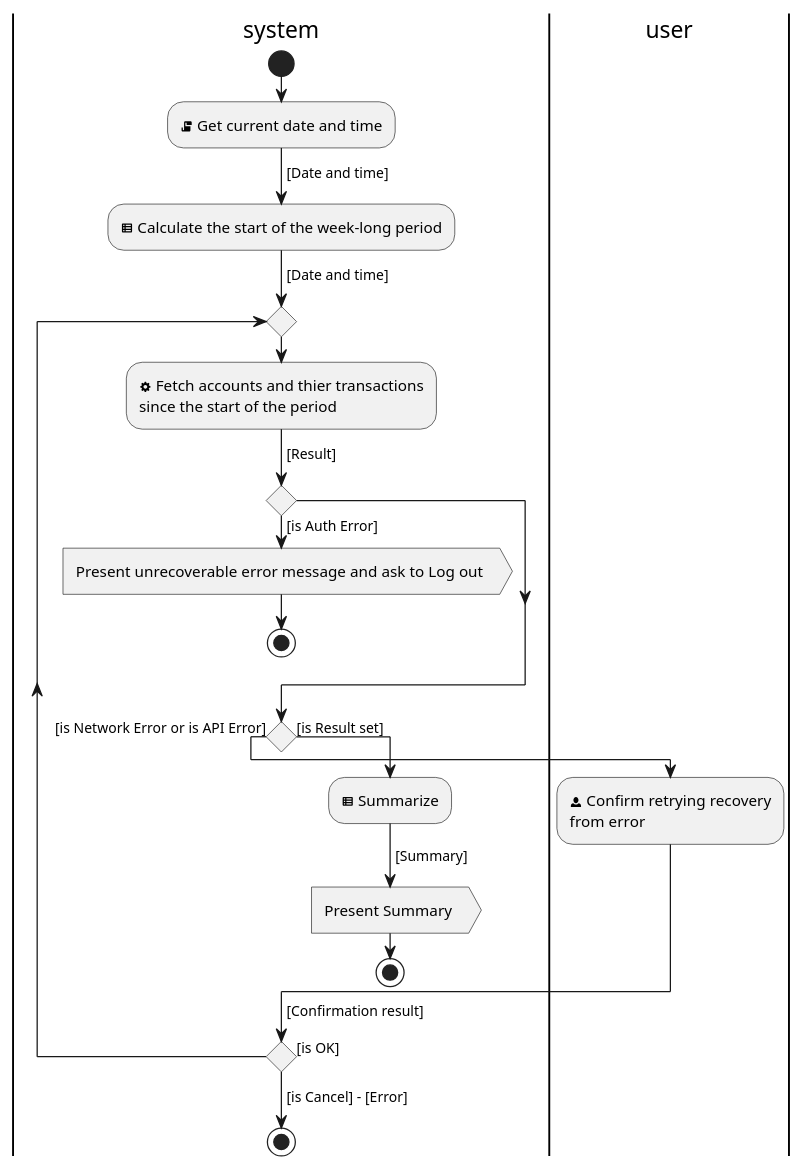
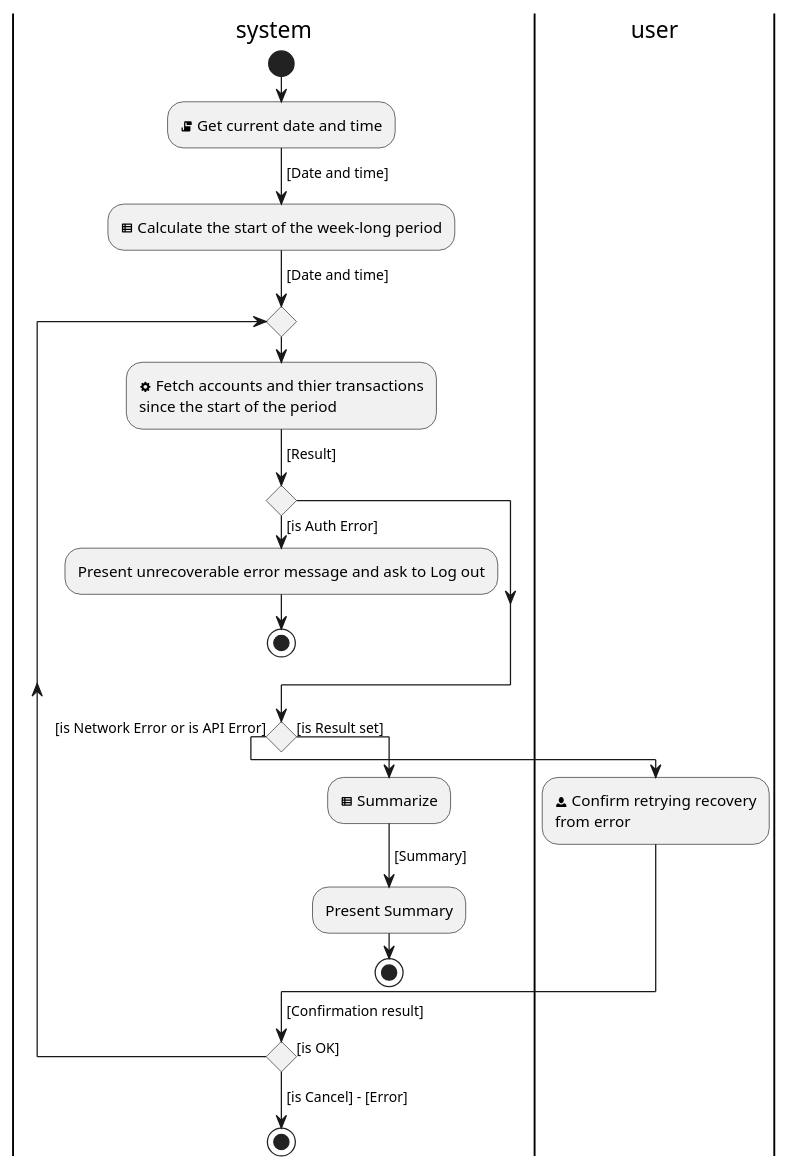
One commit to hristo-stefanov/MiniBankingDemo changed the diagram in diagrams/Get Accounts and RoundUps Summary.puml. Above: the diagram before and after it, drawn with PlantUML.

Commit message:
Fix the UML stereotype

```diff
--- a/diagrams/Get Accounts and RoundUps Summary.puml
+++ b/diagrams/Get Accounts and RoundUps Summary.puml
@@ -1,36 +1,36 @@
 @startuml
 'https://plantuml.com/activity-diagram-beta
 
 |system|
 start
 :<&script> Get current date and time;
 -> [Date and time];
 :<&spreadsheet> Calculate the start of the week-long period;
 -> [Date and time];
 repeat
  :<&cog> Fetch accounts and thier transactions
 since the start of the period;
 -> [Result];
 
 if () then ([is Auth Error])
-    :Present unrecoverable error message and ask to Log out >
+    :Present unrecoverable error message and ask to Log out; <<sendSignal>>
     stop
 endif
 
 if () then ([is Network Error or is API Error])
     |user|
     :<&person> Confirm retrying recovery
     from error;
     |system|
 else ([is Result set])
     :<&spreadsheet> Summarize;
     -> [Summary];
-    :Present Summary >
+    :Present Summary; <<sendSignal>>
     stop
 endif
 
 -> [Confirmation result];
 repeat while () is ([is OK])
 -> [is Cancel] - [Error];
 stop
 @enduml
```
